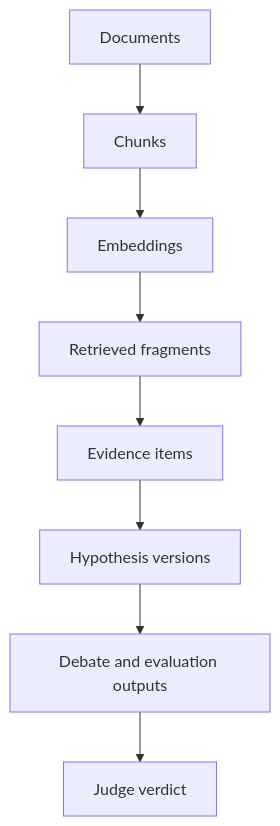
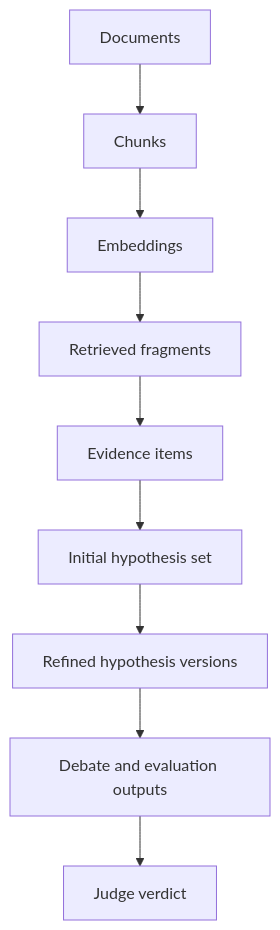
One commit to KroJIak/hypothesis-court changed the diagram in docs/architecture/05-Data-and-Retrieval.md. Above: the diagram before and after it, drawn with Mermaid. The commit also changed other lines of this file and 29 other files, not shown here.

````diff
--- a/docs/architecture/05-Data-and-Retrieval.md
+++ b/docs/architecture/05-Data-and-Retrieval.md
@@ -58,10 +59,11 @@
 ```mermaid
 flowchart TD
     A[Documents] --> B[Chunks]
     B --> C[Embeddings]
     C --> D[Retrieved fragments]
     D --> E[Evidence items]
-    E --> F[Hypothesis versions]
-    F --> G[Debate and evaluation outputs]
-    G --> H[Judge verdict]
+    E --> F[Initial hypothesis set]
+    F --> G[Refined hypothesis versions]
+    G --> H[Debate and evaluation outputs]
+    H --> I[Judge verdict]
 ```
````
